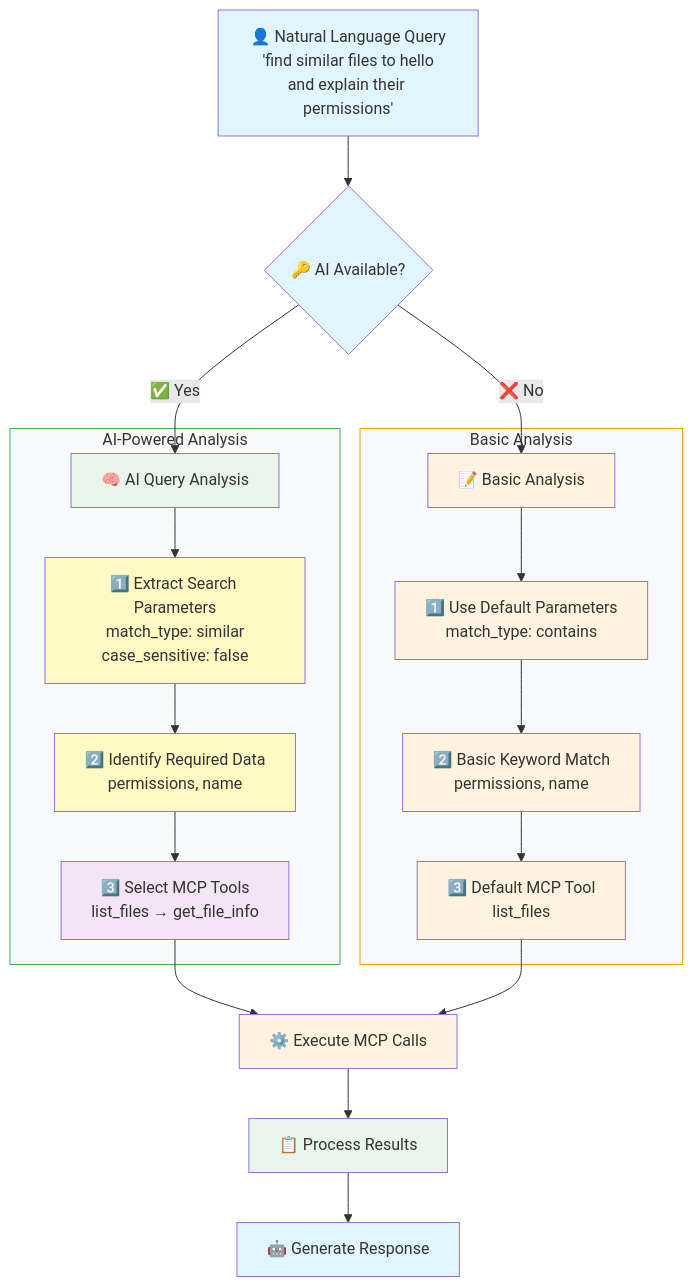
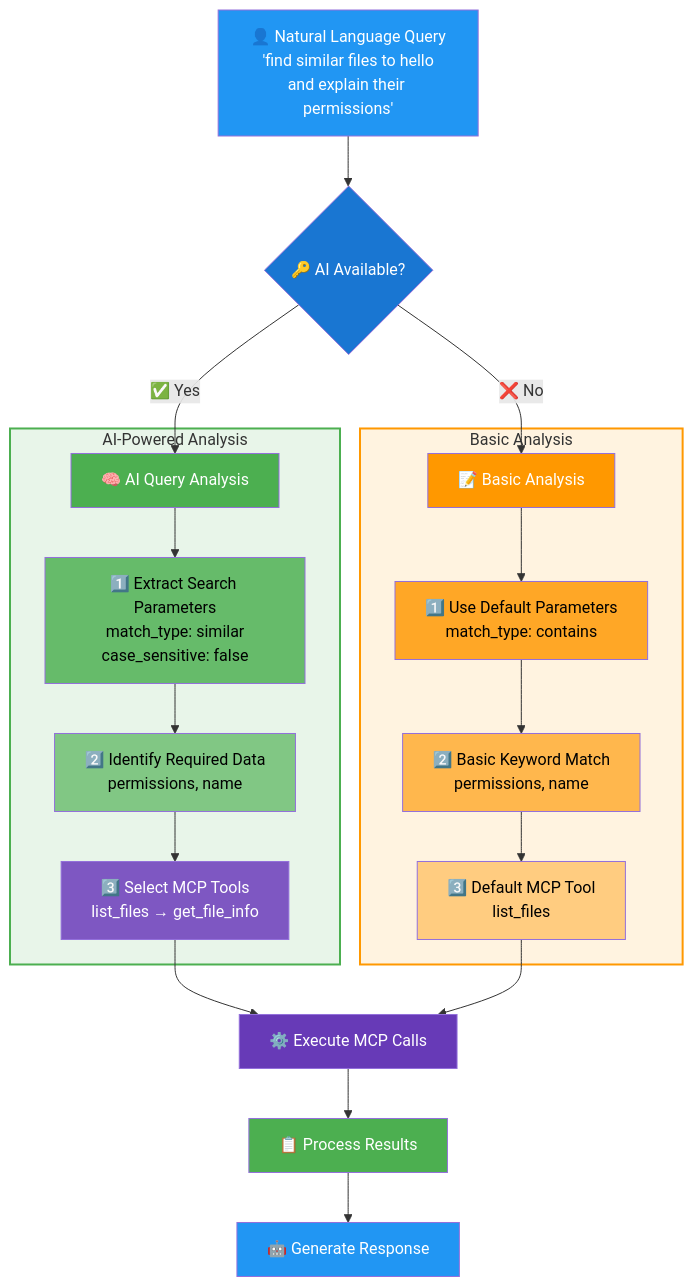
One commit to engmohamedsalah/FileSavantAI changed the second of 2 diagrams in README.md. Above: the diagram before and after it, drawn with Mermaid. The commit also changed other lines of this file, not shown here.

Commit message:
Improve diagram color scheme for better readability - Added distinct colors for different operations (blue for I/O, green for AI, orange for basic, purple for MCP) - Added white text for dark backgrounds - Added thicker borders for subgraphs - Added color scheme documentation in comments

````diff
--- a/README.md
+++ b/README.md
@@ -503,43 +509,49 @@
 ```mermaid
 graph TD
     A["👤 Natural Language Query<br/>'find similar files to hello<br/>and explain their permissions'"] --> B{"🔑 AI Available?"}
     
     B -->|"✅ Yes"| C["🧠 AI Query Analysis"]
     B -->|"❌ No"| D["📝 Basic Analysis"]
     
     subgraph AI_Analysis ["AI-Powered Analysis"]
         C --> E["1️⃣ Extract Search Parameters<br/>match_type: similar<br/>case_sensitive: false"]
         E --> F["2️⃣ Identify Required Data<br/>permissions, name"]
         F --> G["3️⃣ Select MCP Tools<br/>list_files → get_file_info"]
     end
     
     subgraph Basic_Analysis ["Basic Analysis"]
         D --> H["1️⃣ Use Default Parameters<br/>match_type: contains"]
         H --> I["2️⃣ Basic Keyword Match<br/>permissions, name"]
         I --> J["3️⃣ Default MCP Tool<br/>list_files"]
     end
     
     G --> K["⚙️ Execute MCP Calls"]
     J --> K
     
     K --> L["📋 Process Results"]
     
     L --> M["🤖 Generate Response"]
     
-    style A fill:#e1f5fe
-    style B fill:#e1f5fe
-    style C fill:#e8f5e8
-    style D fill:#fff3e0
-    style E fill:#fff9c4
-    style F fill:#fff9c4
-    style G fill:#f3e5f5
-    style H fill:#fff3e0
-    style I fill:#fff3e0
-    style J fill:#fff3e0
-    style K fill:#fff3e0
-    style L fill:#e8f5e8
-    style M fill:#e1f5fe
+    %% Color scheme:
+    %% Blue shades for input/output
+    %% Green shades for AI processing
+    %% Orange shades for basic processing
+    %% Purple for MCP operations
     
-    style AI_Analysis fill:#f8f9fa,stroke:#4caf50
-    style Basic_Analysis fill:#f8f9fa,stroke:#ff9800
+    style A fill:#2196f3,color:#fff
+    style B fill:#1976d2,color:#fff
+    style C fill:#4caf50,color:#fff
+    style D fill:#ff9800,color:#fff
+    style E fill:#66bb6a,color:#000
+    style F fill:#81c784,color:#000
+    style G fill:#7e57c2,color:#fff
+    style H fill:#ffa726,color:#000
+    style I fill:#ffb74d,color:#000
+    style J fill:#ffcc80,color:#000
+    style K fill:#673ab7,color:#fff
+    style L fill:#4caf50,color:#fff
+    style M fill:#2196f3,color:#fff
+    
+    style AI_Analysis fill:#e8f5e9,stroke:#4caf50,stroke-width:2px
+    style Basic_Analysis fill:#fff3e0,stroke:#ff9800,stroke-width:2px
 ```
````
